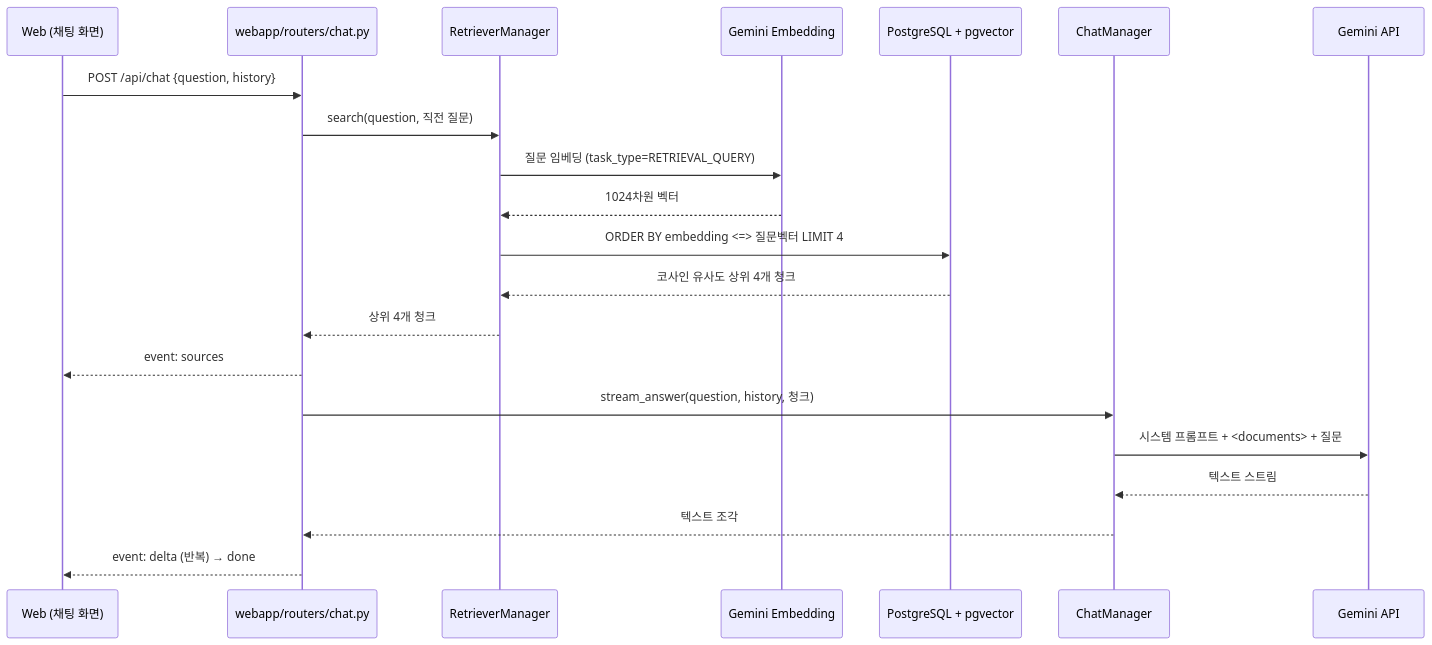
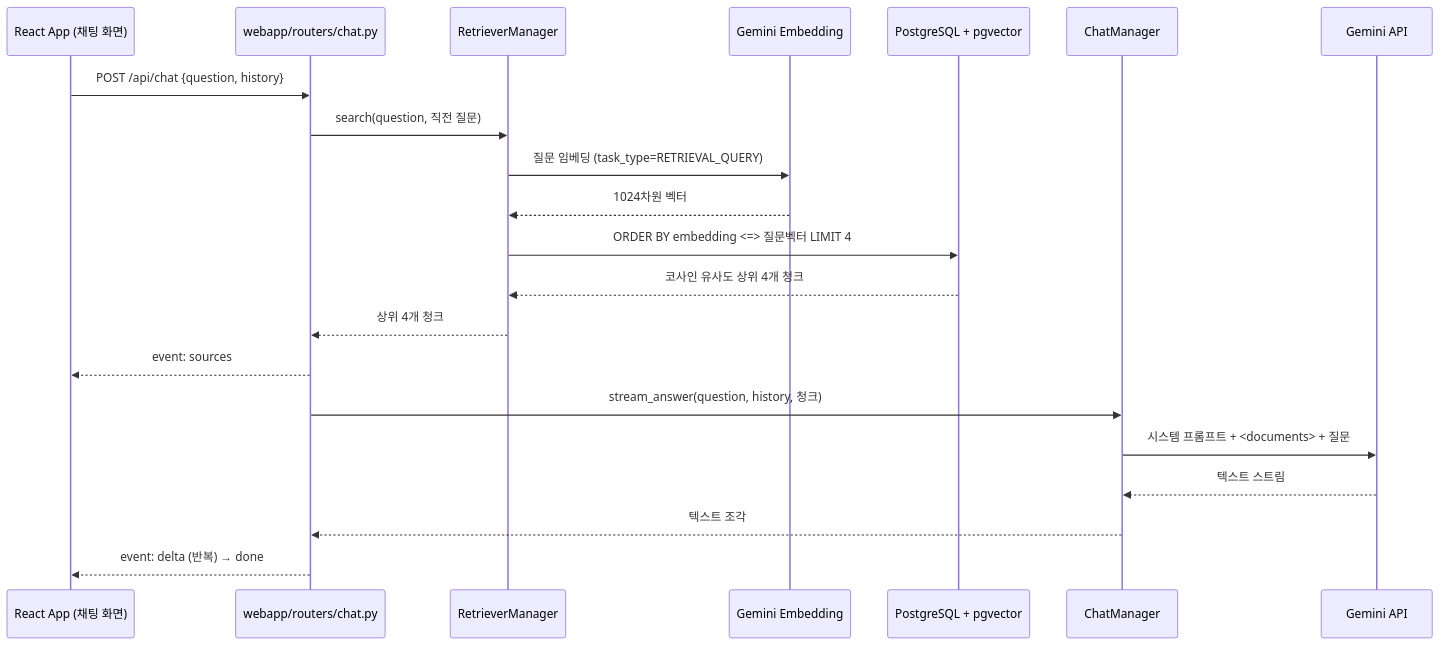
One commit to hseungjae/RAG-based-Portfolio changed the diagram in docs/architecture.md. Above: the diagram before and after it, drawn with Mermaid.

Commit message:
docs: 아키텍처 다이어그램의 화면 이름을 React App으로 변경

````diff
--- a/docs/architecture.md
+++ b/docs/architecture.md
@@ -5,24 +5,24 @@
 ```mermaid
 sequenceDiagram
-    participant Web as Web (채팅 화면)
+    participant Web as React App (채팅 화면)
     participant Router as webapp/routers/chat.py
     participant Retriever as RetrieverManager
     participant Embed as Gemini Embedding
     participant DB as PostgreSQL + pgvector
     participant Chat as ChatManager
     participant Gemini as Gemini API
 
     Web->>Router: POST /api/chat {question, history}
     Router->>Retriever: search(question, 직전 질문)
     Retriever->>Embed: 질문 임베딩 (task_type=RETRIEVAL_QUERY)
     Embed-->>Retriever: 1024차원 벡터
     Retriever->>DB: ORDER BY embedding <=> 질문벡터 LIMIT 4
     DB-->>Retriever: 코사인 유사도 상위 4개 청크
     Retriever-->>Router: 상위 4개 청크
     Router-->>Web: event: sources
     Router->>Chat: stream_answer(question, history, 청크)
     Chat->>Gemini: 시스템 프롬프트 + <documents> + 질문
     Gemini-->>Chat: 텍스트 스트림
     Chat-->>Router: 텍스트 조각
     Router-->>Web: event: delta (반복) → done
 ```
````
